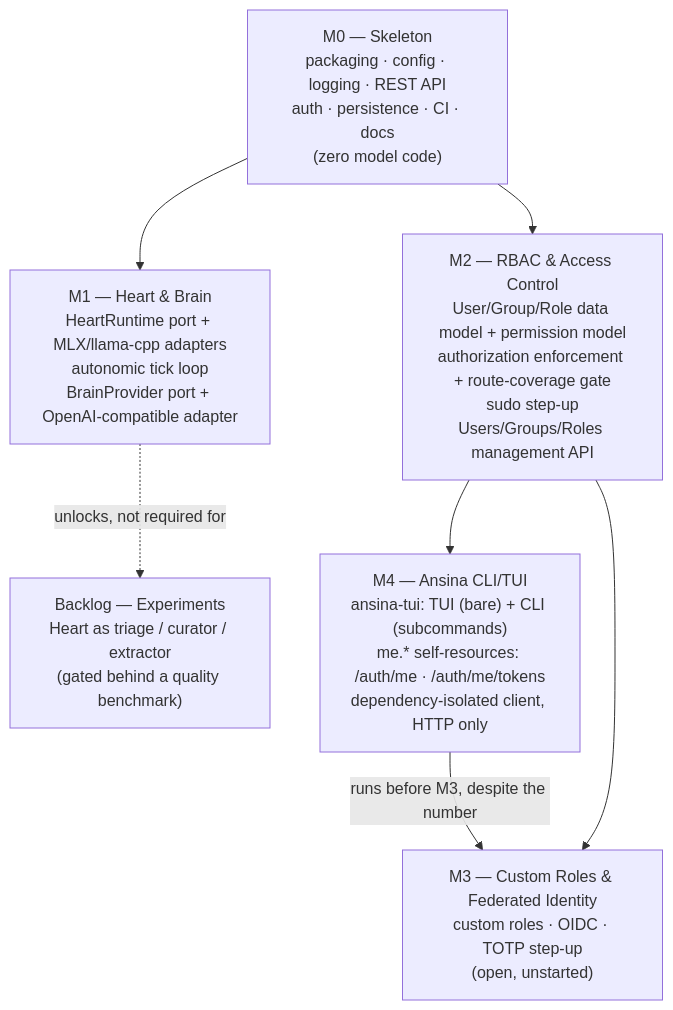
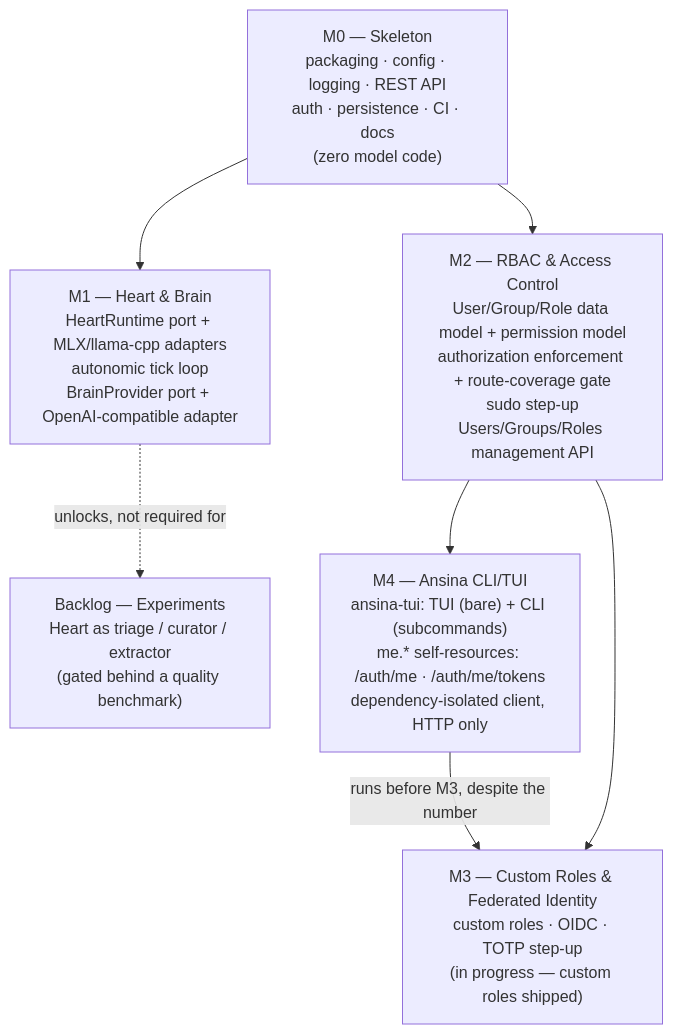
One commit to giacchetta/ansina changed the second of 2 diagrams in docs/architecture/blueprint.md. Above: the diagram before and after it, drawn with Mermaid. The commit also changed other lines of this file and 12 other files, not shown here.

Commit message:
feat: Admin-defined custom roles: POST/PATCH/DELETE /auth/roles

````diff
--- a/docs/architecture/blueprint.md
+++ b/docs/architecture/blueprint.md
@@ -178,15 +180,15 @@
 ```mermaid
 flowchart TD
     M0["M0 — Skeleton\npackaging · config · logging · REST API\nauth · persistence · CI · docs\n(zero model code)"]
     M1["M1 — Heart & Brain\nHeartRuntime port + MLX/llama-cpp adapters\nautonomic tick loop\nBrainProvider port + OpenAI-compatible adapter"]
     M2["M2 — RBAC & Access Control\nUser/Group/Role data model + permission model\nauthorization enforcement + route-coverage gate\nsudo step-up\nUsers/Groups/Roles management API"]
     M4["M4 — Ansina CLI/TUI\nansina-tui: TUI (bare) + CLI (subcommands)\nme.* self-resources: /auth/me · /auth/me/tokens\ndependency-isolated client, HTTP only"]
-    M3["M3 — Custom Roles & Federated Identity\ncustom roles · OIDC · TOTP step-up\n(open, unstarted)"]
+    M3["M3 — Custom Roles & Federated Identity\ncustom roles · OIDC · TOTP step-up\n(in progress — custom roles shipped)"]
     BL["Backlog — Experiments\nHeart as triage / curator / extractor\n(gated behind a quality benchmark)"]
     M0 --> M1
     M0 --> M2
     M2 --> M4
     M4 -->|"runs before M3, despite the number"| M3
     M2 --> M3
     M1 -.unlocks, not required for.-> BL
 ```
````
